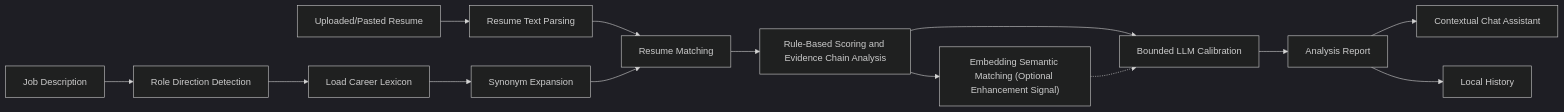
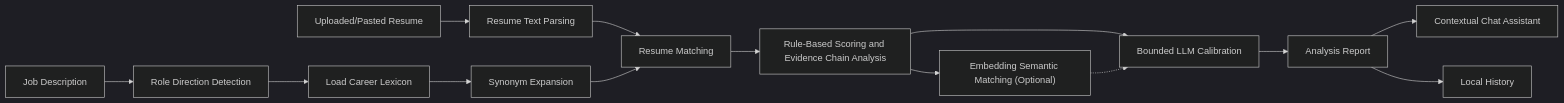
The diagram in README.en.md (RunnerQuan/BiasBreaker-Career), drawn with Mermaid (dark theme) before and after one commit. The commit also changed other lines of this file and 1 other file, not shown here.

````diff
--- a/README.en.md
+++ b/README.en.md
@@ -81,16 +106,16 @@
 ```mermaid
 flowchart LR
   A["Job Description"] --> B["Role Direction Detection"]
   C["Uploaded/Pasted Resume"] --> D["Resume Text Parsing"]
   B --> E["Load Career Lexicon"]
   E --> F["Synonym Expansion"]
   D --> G["Resume Matching"]
   F --> G
   G --> H["Rule-Based Scoring and Evidence Chain Analysis"]
-  H --> I["Embedding Semantic Matching (Optional Enhancement Signal)"]
+  H --> I["Embedding Semantic Matching (Optional)"]
   H --> J["Bounded LLM Calibration"]
   I -.-> J
   J --> K["Analysis Report"]
   K --> L["Contextual Chat Assistant"]
   K --> M["Local History"]
 ```
````
